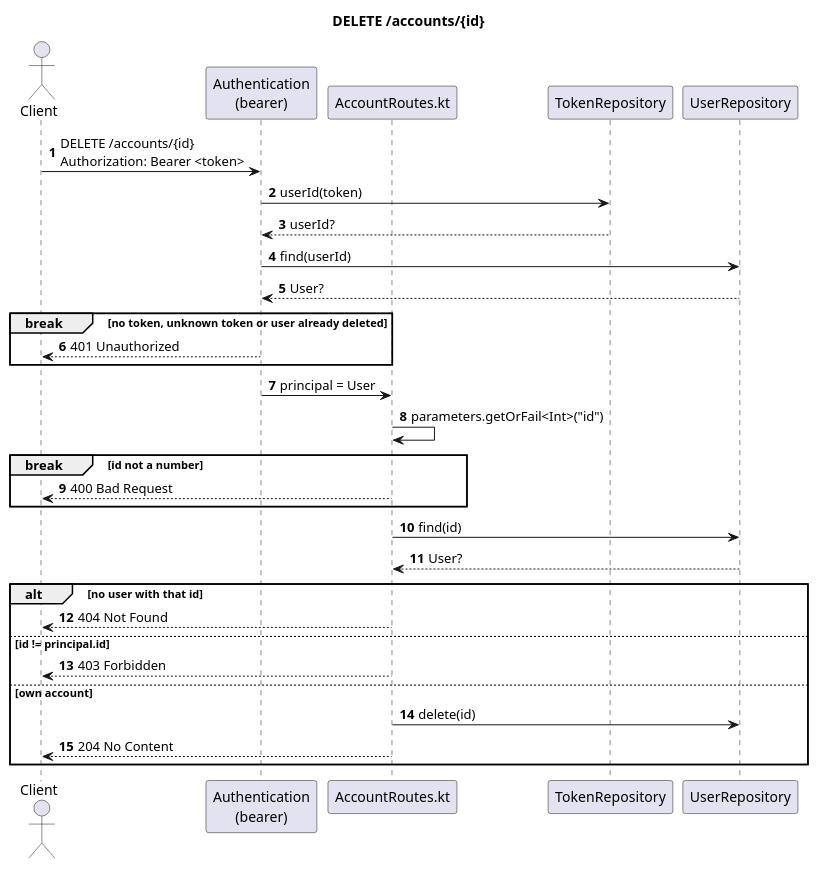
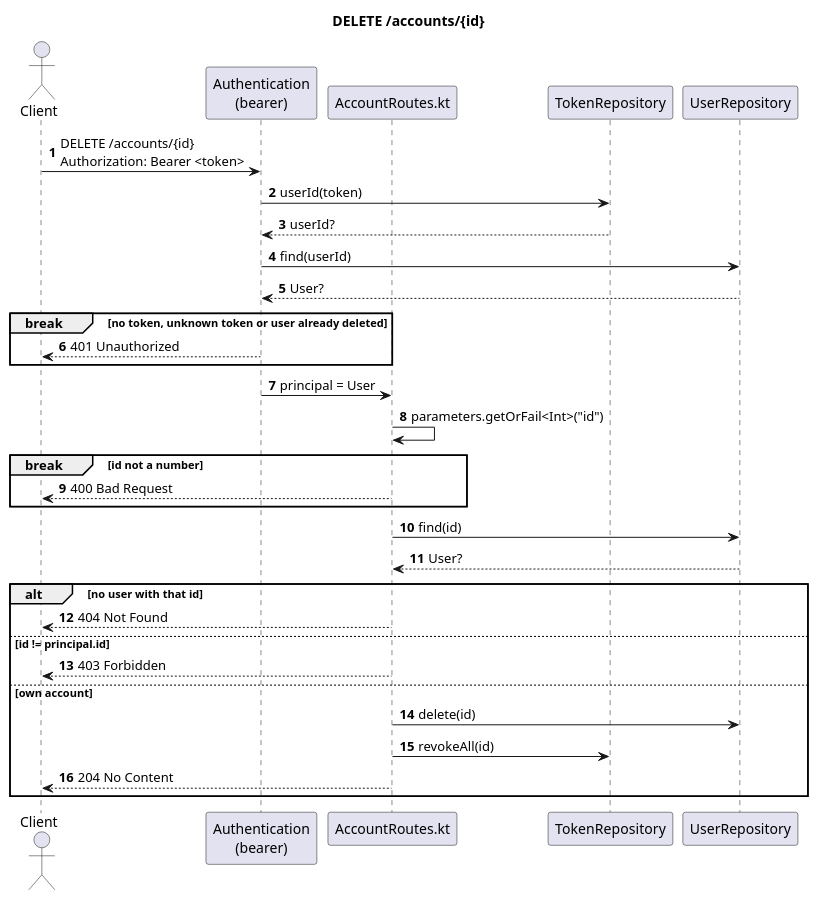
The diagram in docs/diagrams/sequence-delete-account.puml (Rent-a-car-38291/rent-a-car), drawn with PlantUML before and after one commit. The commit also changed 6 other files, not shown here.

```diff
--- a/docs/diagrams/sequence-delete-account.puml
+++ b/docs/diagrams/sequence-delete-account.puml
@@ -1,37 +1,38 @@
 @startuml
 title DELETE /accounts/{id}
 autonumber
 
 actor Client
 participant "Authentication\n(bearer)" as Auth
 participant "AccountRoutes.kt" as Route
 participant TokenRepository
 participant UserRepository
 
 Client -> Auth : DELETE /accounts/{id}\nAuthorization: Bearer <token>
 Auth -> TokenRepository : userId(token)
 TokenRepository --> Auth : userId?
 Auth -> UserRepository : find(userId)
 UserRepository --> Auth : User?
 break no token, unknown token or user already deleted
   Auth --> Client : 401 Unauthorized
 end
 Auth -> Route : principal = User
 
 Route -> Route : parameters.getOrFail<Int>("id")
 break id not a number
   Route --> Client : 400 Bad Request
 end
 
 Route -> UserRepository : find(id)
 UserRepository --> Route : User?
 alt no user with that id
   Route --> Client : 404 Not Found
 else id != principal.id
   Route --> Client : 403 Forbidden
 else own account
   Route -> UserRepository : delete(id)
+  Route -> TokenRepository : revokeAll(id)
   Route --> Client : 204 No Content
 end
 
 @enduml
```
